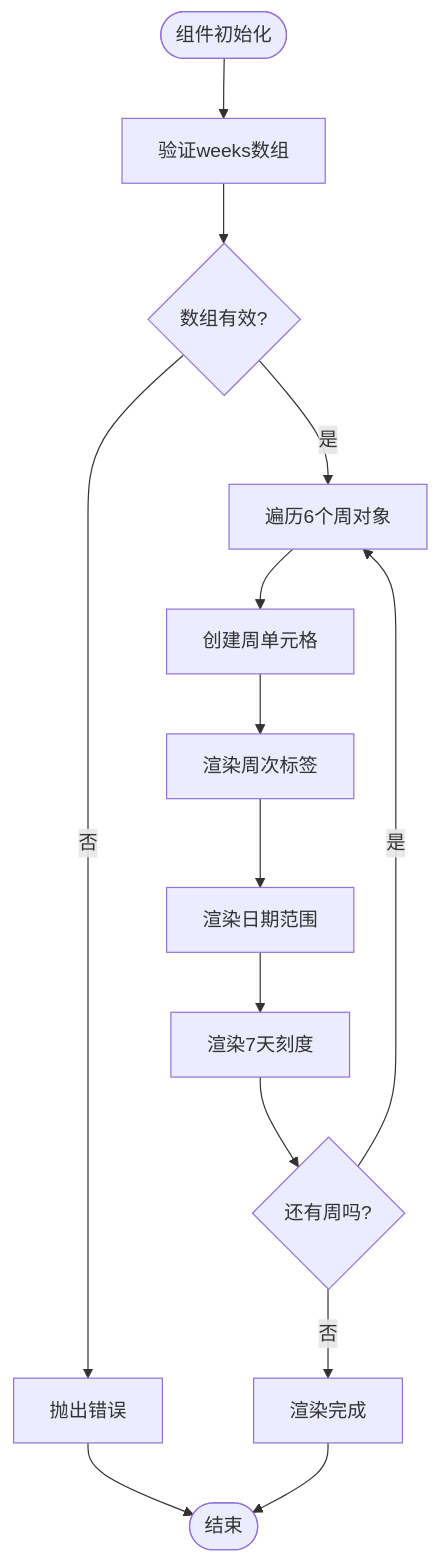
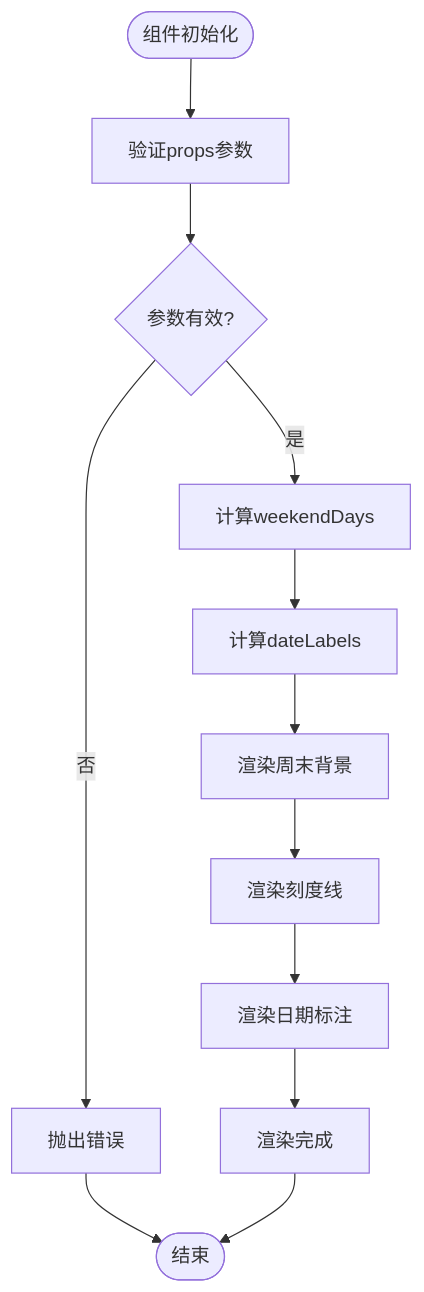
One commit to xuanyulingnfeg/gameCalendar changed the fourth of 6 diagrams in .qoder/repowiki/zh/content/核心组件/WeekHeader 周标题组件.md. Above: the diagram before and after it, drawn with Mermaid. The commit also changed other lines of this file and 5 other files, not shown here.

````diff
--- a/.qoder/repowiki/zh/content/核心组件/WeekHeader 周标题组件.md
+++ b/.qoder/repowiki/zh/content/核心组件/WeekHeader 周标题组件.md
@@ -231,16 +234,14 @@
 ```mermaid
 flowchart TD
-Start([组件初始化]) --> ValidateProps["验证weeks数组"]
-ValidateProps --> ArrayValid{"数组有效?"}
+Start([组件初始化]) --> ValidateProps["验证props参数"]
+ValidateProps --> ArrayValid{"参数有效?"}
 ArrayValid --> |否| Error["抛出错误"]
-ArrayValid --> |是| IterateWeeks["遍历6个周对象"]
-IterateWeeks --> CreateCell["创建周单元格"]
-CreateCell --> RenderLabel["渲染周次标签"]
-RenderLabel --> RenderRange["渲染日期范围"]
-RenderRange --> RenderTicks["渲染7天刻度"]
-RenderTicks --> NextWeek{"还有周吗?"}
-NextWeek --> |是| IterateWeeks
-NextWeek --> |否| Complete["渲染完成"]
+ArrayValid --> |是| CalcWeekends["计算weekendDays"]
+CalcWeekends --> CalcLabels["计算dateLabels"]
+CalcLabels --> RenderBackground["渲染周末背景"]
+RenderBackground --> RenderTicks["渲染刻度线"]
+RenderTicks --> RenderLabels["渲染日期标注"]
+RenderLabels --> Complete["渲染完成"]
 Error --> End([结束])
 Complete --> End
 ```
````
